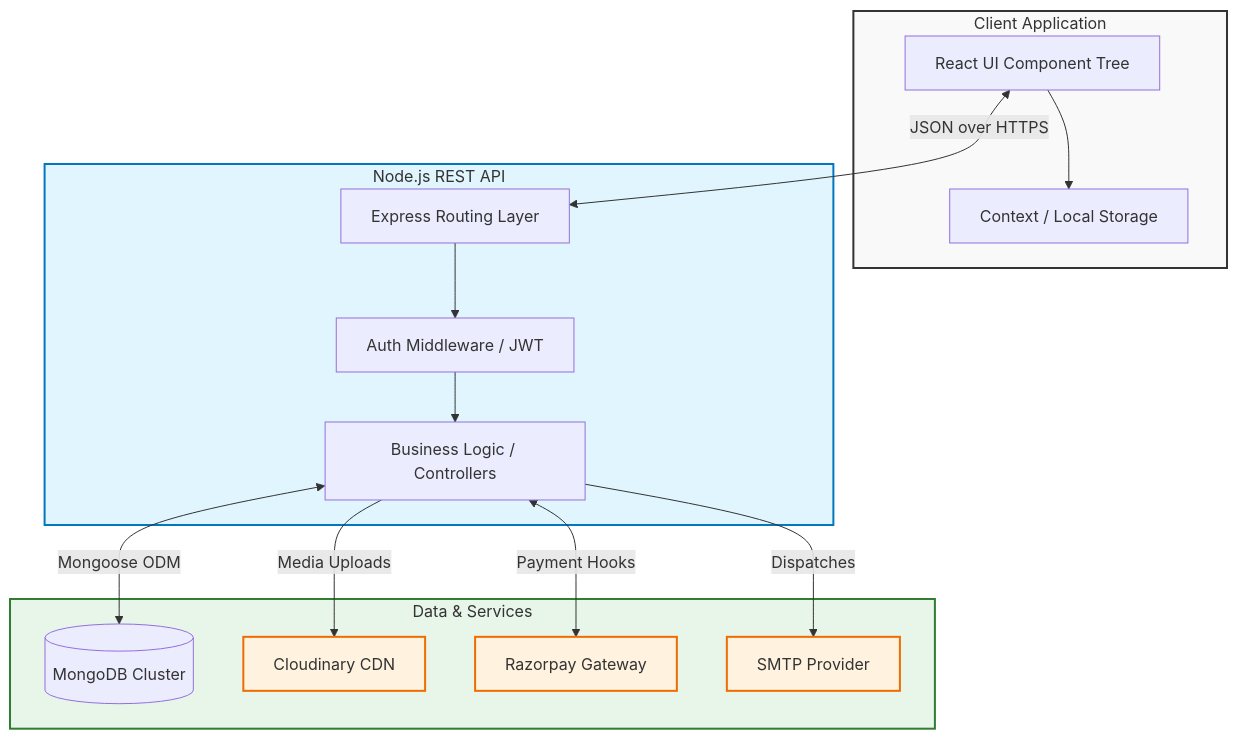
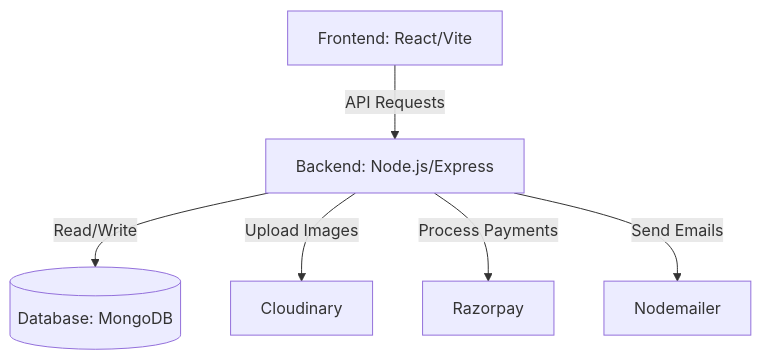
The first of 2 diagrams in README.md (lokanathmeher19/BARESKIN), drawn with Mermaid before and after one commit. The commit also changed other lines of this file, not shown here.

````diff
--- a/README.md
+++ b/README.md
@@ -90,42 +67,15 @@
 ```mermaid
 graph TD
-    %% Define Styles
-    classDef client fill:#f9f9f9,stroke:#333,stroke-width:2px;
-    classDef server fill:#e1f5fe,stroke:#0277bd,stroke-width:2px;
-    classDef db fill:#e8f5e9,stroke:#2e7d32,stroke-width:2px;
-    classDef external fill:#fff3e0,stroke:#ef6c00,stroke-width:2px;
+    UI[Frontend: React/Vite]
+    Backend[Backend: Node.js/Express]
+    DB[(Database: MongoDB)]
+    Cloudinary[Cloudinary]
+    Razorpay[Razorpay]
+    Email[Nodemailer]
 
-    %% Nodes
-    subgraph Frontend [Client Application]
-        UI[React UI Component Tree]
-        State[Context / Local Storage]
-    end
-
-    subgraph Backend [Node.js REST API]
-        Gateway[Express Routing Layer]
-        Controllers[Business Logic / Controllers]
-        Auth[Auth Middleware / JWT]
-    end
-
-    subgraph Infrastructure [Data & Services]
-        DB[(MongoDB Cluster)]
-        Cloudinary[Cloudinary CDN]
-        Razorpay[Razorpay Gateway]
-        Email[SMTP Provider]
-    end
-
-    %% Relationships
-    UI <-->|JSON over HTTPS| Gateway
-    UI --> State
-    Gateway --> Auth
-    Auth --> Controllers
-    Controllers <-->|Mongoose ODM| DB
-    Controllers -->|Media Uploads| Cloudinary
-    Controllers <-->|Payment Hooks| Razorpay
-    Controllers -->|Dispatches| Email
-
-    class Frontend client;
-    class Backend server;
-    class Infrastructure db;
-    class Cloudinary,Razorpay,Email external;
+    UI -->|API Requests| Backend
+    Backend -->|Read/Write| DB
+    Backend -->|Upload Images| Cloudinary
+    Backend -->|Process Payments| Razorpay
+    Backend -->|Send Emails| Email
 ```
````
